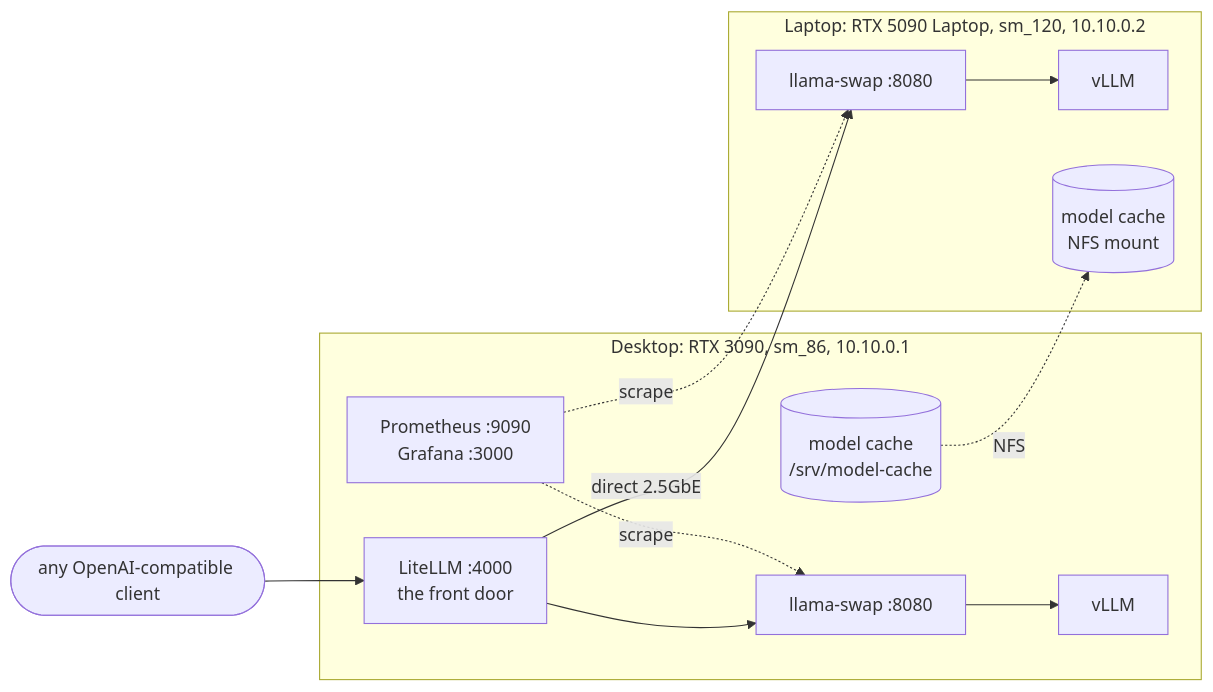
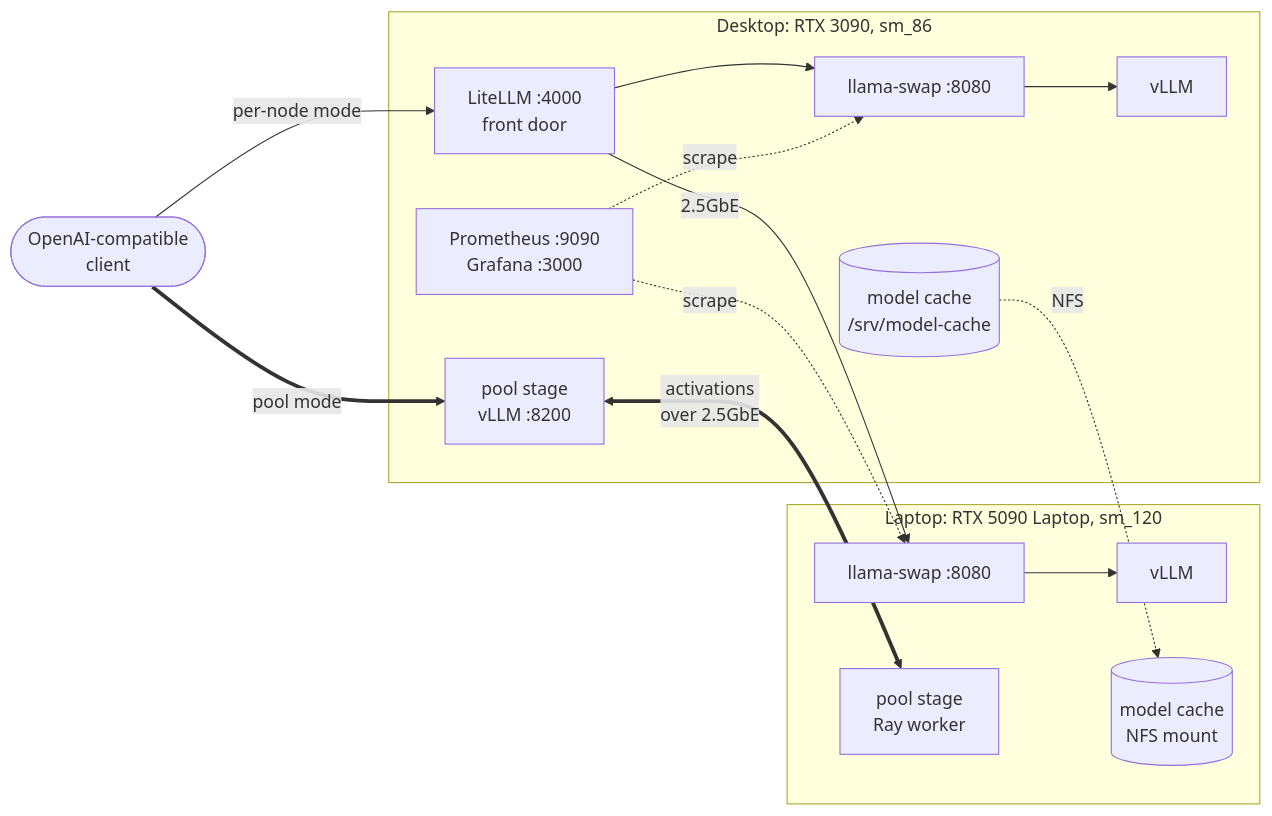
The diagram in README.md (kndclark/GPU-Lab), drawn with Mermaid before and after one commit. The commit also changed other lines of this file, not shown here.

Commit message:
Draw pool mode in the architecture diagram
The pool is the lab's headline result and the diagram left it out.
Long labels are split over lines because GitHub clipped the client
box mid-word.

````diff
--- a/README.md
+++ b/README.md
@@ -37,22 +37,26 @@
 ```mermaid
 flowchart LR
-    client(["any OpenAI-compatible client"])
-    subgraph desktop["Desktop: RTX 3090, sm_86, 10.10.0.1"]
-        litellm["LiteLLM :4000<br/>the front door"]
+    client(["OpenAI-compatible<br/>client"])
+    subgraph desktop["Desktop: RTX 3090, sm_86"]
+        litellm["LiteLLM :4000<br/>front door"]
         swapD["llama-swap :8080"]
         vllmD["vLLM"]
+        poolD["pool stage<br/>vLLM :8200"]
         prom["Prometheus :9090<br/>Grafana :3000"]
         cache[("model cache<br/>/srv/model-cache")]
     end
-    subgraph laptop["Laptop: RTX 5090 Laptop, sm_120, 10.10.0.2"]
+    subgraph laptop["Laptop: RTX 5090 Laptop, sm_120"]
         swapL["llama-swap :8080"]
         vllmL["vLLM"]
+        poolL["pool stage<br/>Ray worker"]
         cacheL[("model cache<br/>NFS mount")]
     end
-    client --> litellm
+    client -->|per-node mode| litellm
     litellm --> swapD --> vllmD
-    litellm -->|direct 2.5GbE| swapL --> vllmL
+    litellm -->|2.5GbE| swapL --> vllmL
+    client ==>|pool mode| poolD
+    poolD <==>|"activations<br/>over 2.5GbE"| poolL
     prom -.->|scrape| swapD
     prom -.->|scrape| swapL
     cache -.->|NFS| cacheL
 ```
````
